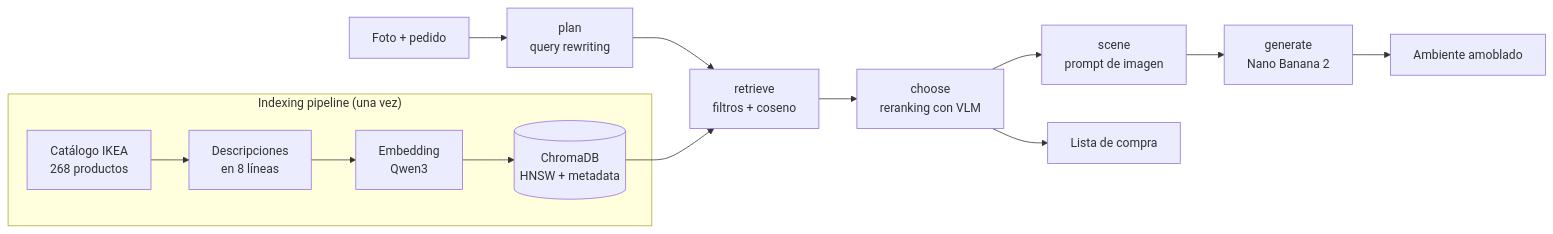
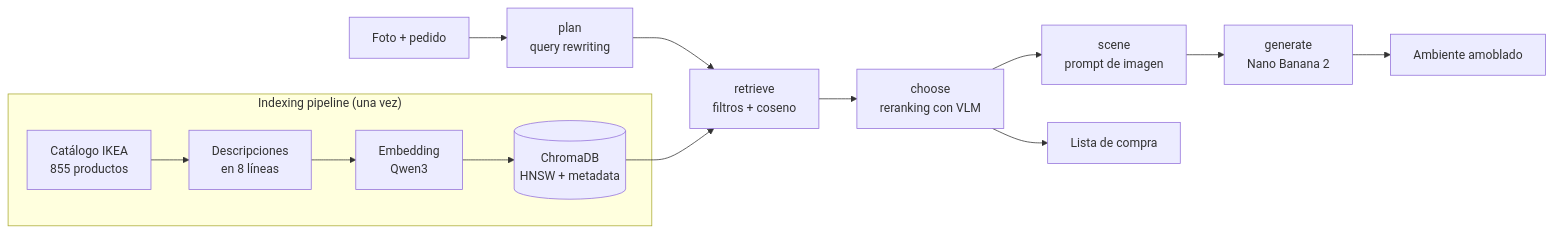
Before and after one commit to matiasrossiseifert/amoblai: the diagram in README.md, drawn with Mermaid. The commit also changed other lines of this file and 10 other files, not shown here.

First line of the commit message:
results: ablación del retrieval con el catálogo ampliado (855 productos)

````diff
--- a/README.md
+++ b/README.md
@@ -12,16 +12,16 @@
 ```mermaid
 flowchart LR
   subgraph IDX["Indexing pipeline (una vez)"]
-    A["Catálogo IKEA<br/>268 productos"] --> B["Descripciones<br/>en 8 líneas"]
+    A["Catálogo IKEA<br/>855 productos"] --> B["Descripciones<br/>en 8 líneas"]
     B --> E["Embedding<br/>Qwen3"]
     E --> V[("ChromaDB<br/>HNSW + metadata")]
   end
   U["Foto + pedido"] --> P["plan<br/>query rewriting"]
   P --> R["retrieve<br/>filtros + coseno"]
   V --> R
   R --> C["choose<br/>reranking con VLM"]
   C --> S["scene<br/>prompt de imagen"]
   S --> G["generate<br/>Nano Banana 2"]
   C --> L["Lista de compra"]
   G --> F["Ambiente amoblado"]
 ```
````
